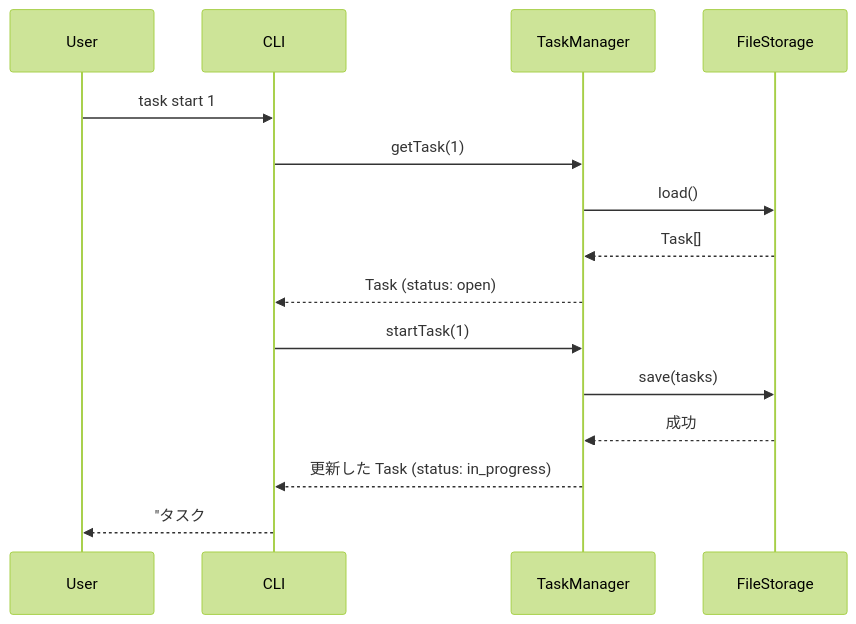
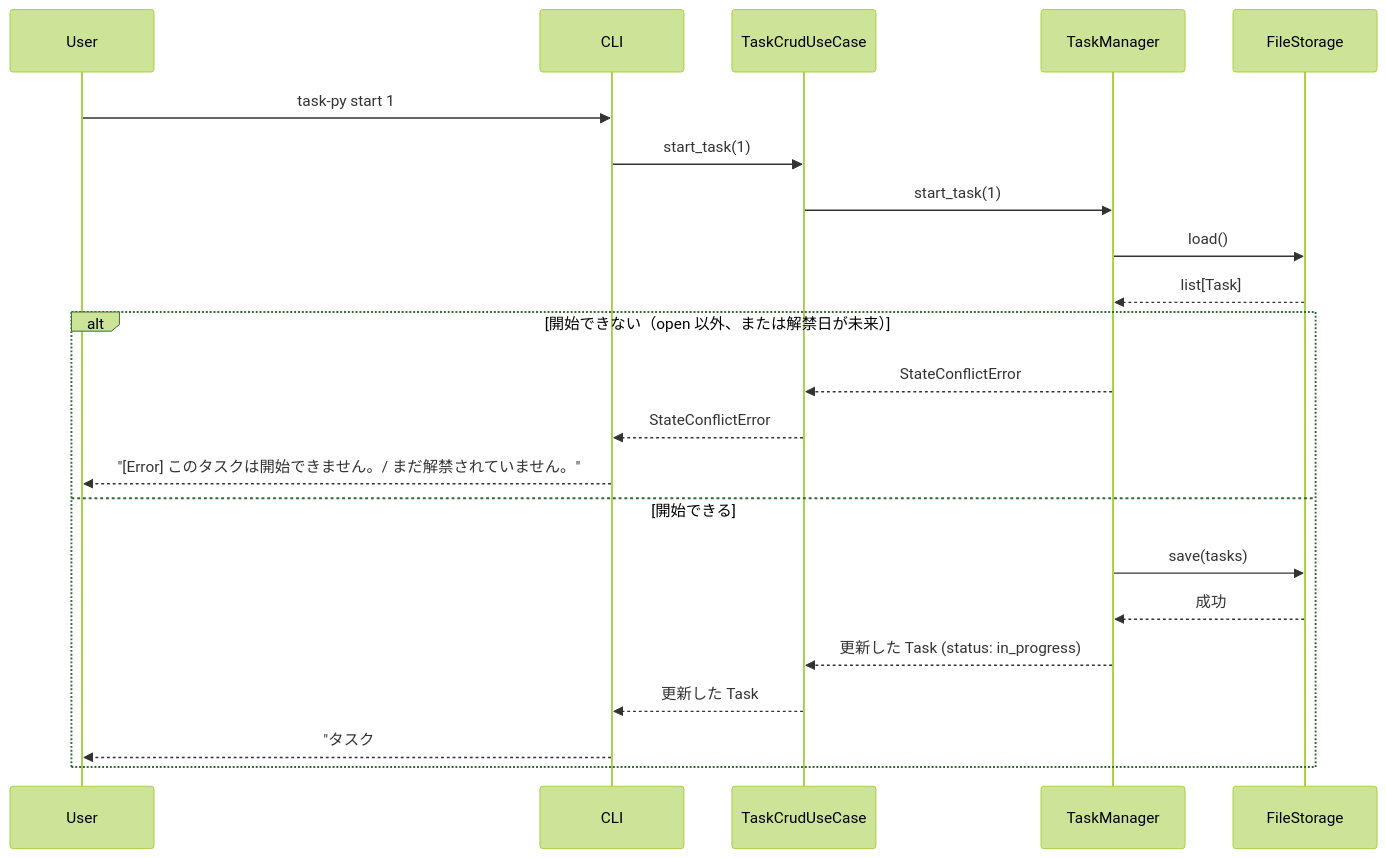
The fourth of 8 diagrams in docs/functional-design.md (kanan4gh/dev-tasks2-py), drawn with Mermaid (forest theme) before and after one commit. The commit also changed other lines of this file and 5 other files, not shown here.

````diff
--- a/docs/functional-design.md
+++ b/docs/functional-design.md
@@ -608,18 +578,25 @@
 ```mermaid
 sequenceDiagram
     participant User
     participant CLI
+    participant UseCase as TaskCrudUseCase
     participant TaskManager
     participant FileStorage
 
-    User->>CLI: task start 1
-    CLI->>TaskManager: getTask(1)
+    User->>CLI: task-py start 1
+    CLI->>UseCase: start_task(1)
+    UseCase->>TaskManager: start_task(1)
     TaskManager->>FileStorage: load()
-    FileStorage-->>TaskManager: Task[]
-    TaskManager-->>CLI: Task (status: open)
-    CLI->>TaskManager: startTask(1)
-    TaskManager->>FileStorage: save(tasks)
-    FileStorage-->>TaskManager: 成功
-    TaskManager-->>CLI: 更新した Task (status: in_progress)
-    CLI-->>User: "タスク #1 を開始しました"
+    FileStorage-->>TaskManager: list[Task]
+    alt 開始できない（open 以外、または解禁日が未来）
+        TaskManager-->>UseCase: StateConflictError
+        UseCase-->>CLI: StateConflictError
+        CLI-->>User: "[Error] このタスクは開始できません。/ まだ解禁されていません。"
+    else 開始できる
+        TaskManager->>FileStorage: save(tasks)
+        FileStorage-->>TaskManager: 成功
+        TaskManager-->>UseCase: 更新した Task (status: in_progress)
+        UseCase-->>CLI: 更新した Task
+        CLI-->>User: "タスク #1 を開始しました"
+    end
 ```
````
